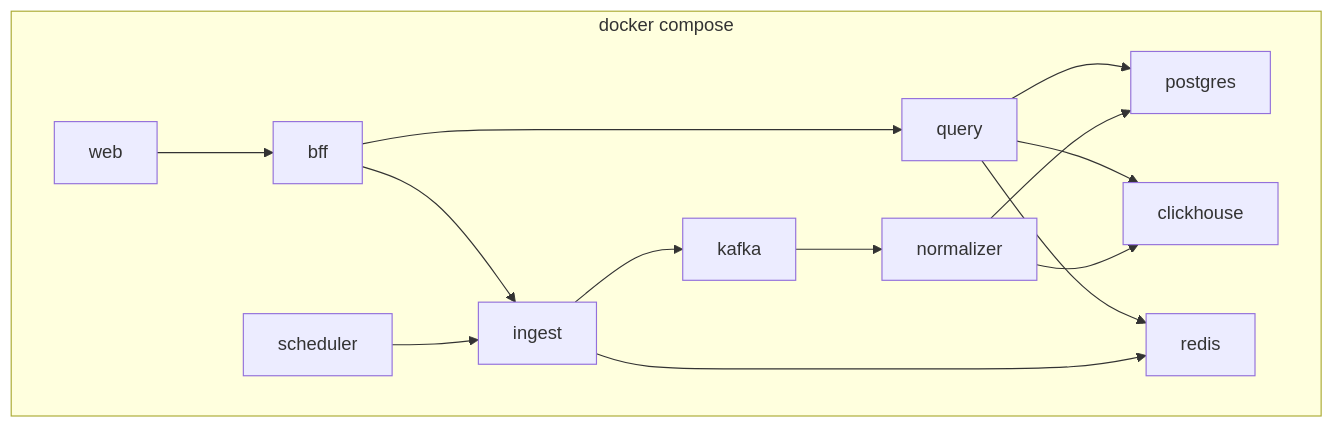
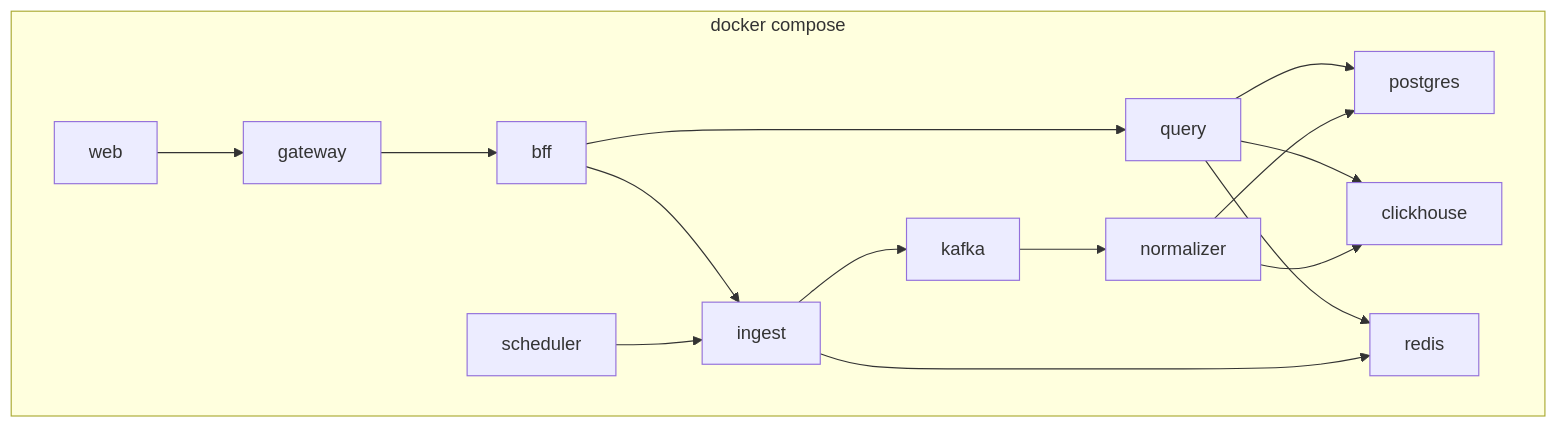
Before and after one commit to Chuchoss/it-labor-pulse: the first of 2 diagrams in docs/architecture/09-deployment.md, drawn with Mermaid. The commit also changed other lines of this file and 38 other files, not shown here.

First line of the commit message:
feat(gateway): add edge API gateway in front of BFF

````diff
--- a/docs/architecture/09-deployment.md
+++ b/docs/architecture/09-deployment.md
@@ -37,17 +38,18 @@
 ```mermaid
 flowchart TB
   subgraph compose [docker compose]
-    web --> bff
+    web --> gateway
+    gateway --> bff
     bff --> query
     bff --> ingest
     scheduler --> ingest
     ingest --> kafka
     kafka --> normalizer
     query --> postgres
     query --> clickhouse
     query --> redis
     normalizer --> postgres
     normalizer --> clickhouse
     ingest --> redis
   end
 ```
````
